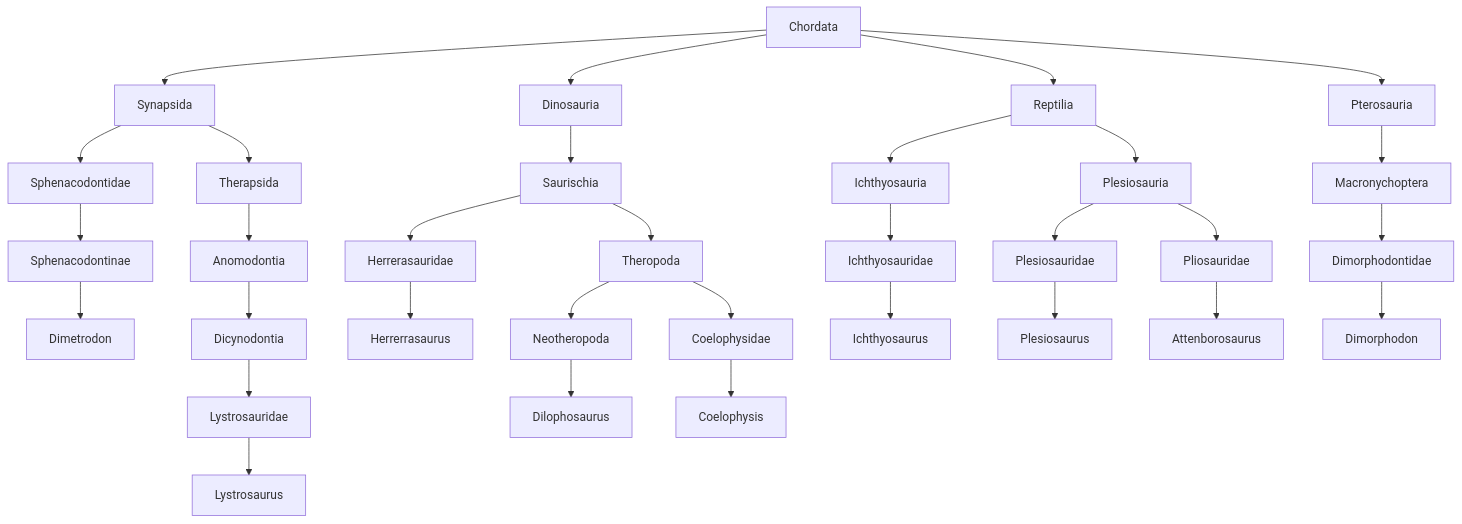
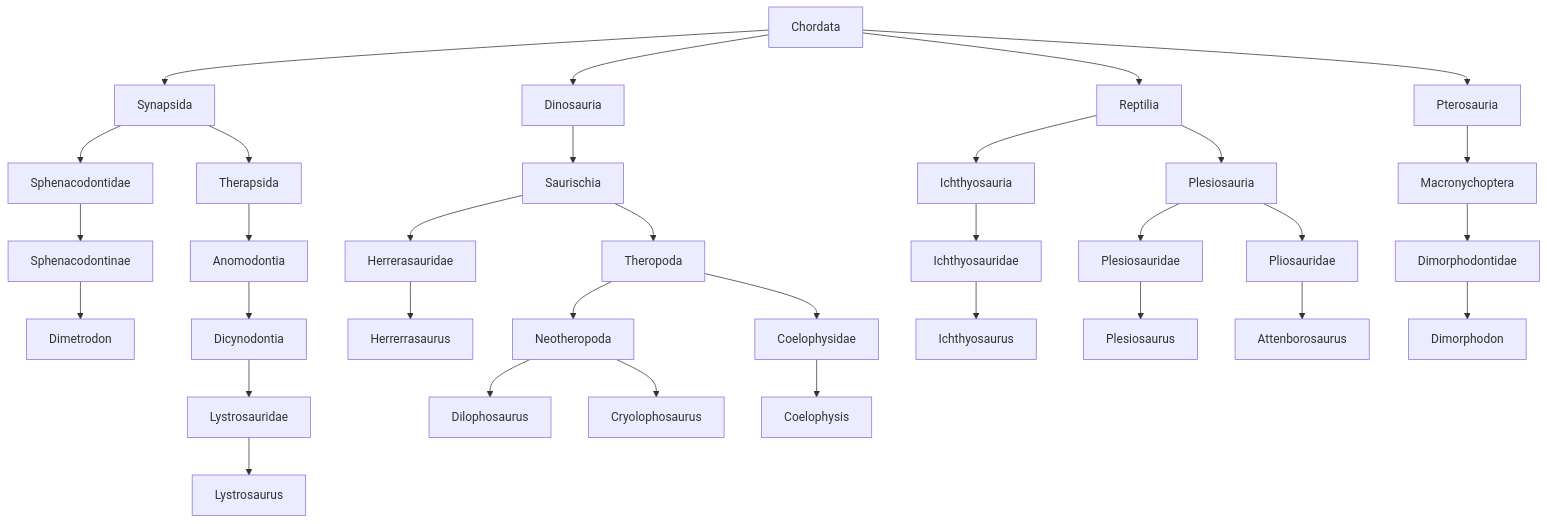
One commit to jackdixonryan/JWE2-Taxonomy changed the diagram in readme.md. Above: the diagram before and after it, drawn with Mermaid.

Commit message:
Update readme.md
Cryoloph

````diff
--- a/readme.md
+++ b/readme.md
@@ -3,48 +3,50 @@
 ```mermaid
 graph TD;
 
 Chordata-->Synapsida
 Chordata-->Dinosauria
 Chordata-->Reptilia
 Chordata-->Pterosauria
 
 Synapsida-->Sphenacodontidae
 Synapsida-->Therapsida
 
 Sphenacodontidae-->Sphenacodontinae
 Sphenacodontinae-->Dimetrodon
 
 Therapsida-->Anomodontia
 Anomodontia-->Dicynodontia
 Dicynodontia-->Lystrosauridae
 Lystrosauridae-->Lystrosaurus
 
 Dinosauria-->Saurischia
 
 Saurischia-->Herrerasauridae
 Saurischia-->Theropoda
 
 Theropoda-->Neotheropoda
+
 Neotheropoda-->Dilophosaurus
+Neotheropoda-->Cryolophosaurus
 
 Herrerasauridae-->Herrerrasaurus
 
 Theropoda-->Coelophysidae
 Coelophysidae-->Coelophysis
 
 Reptilia-->Ichthyosauria
 Reptilia-->Plesiosauria
 
 Ichthyosauria-->Ichthyosauridae 
 Ichthyosauridae-->Ichthyosaurus
 
 Plesiosauria-->Plesiosauridae 
 Plesiosauria-->Pliosauridae
 
 Plesiosauridae-->Plesiosaurus
 Pliosauridae-->Attenborosaurus
 
 Pterosauria-->Macronychoptera
 Macronychoptera-->Dimorphodontidae 
 Dimorphodontidae-->Dimorphodon
 ```
````
